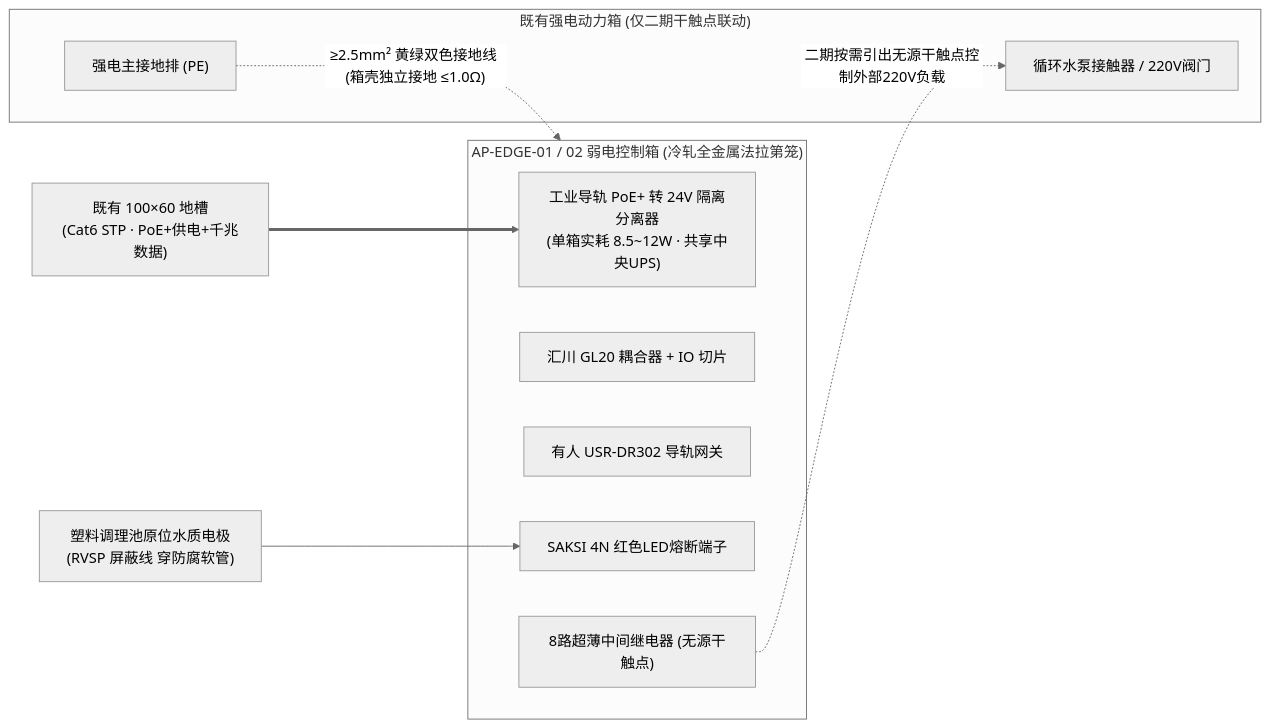
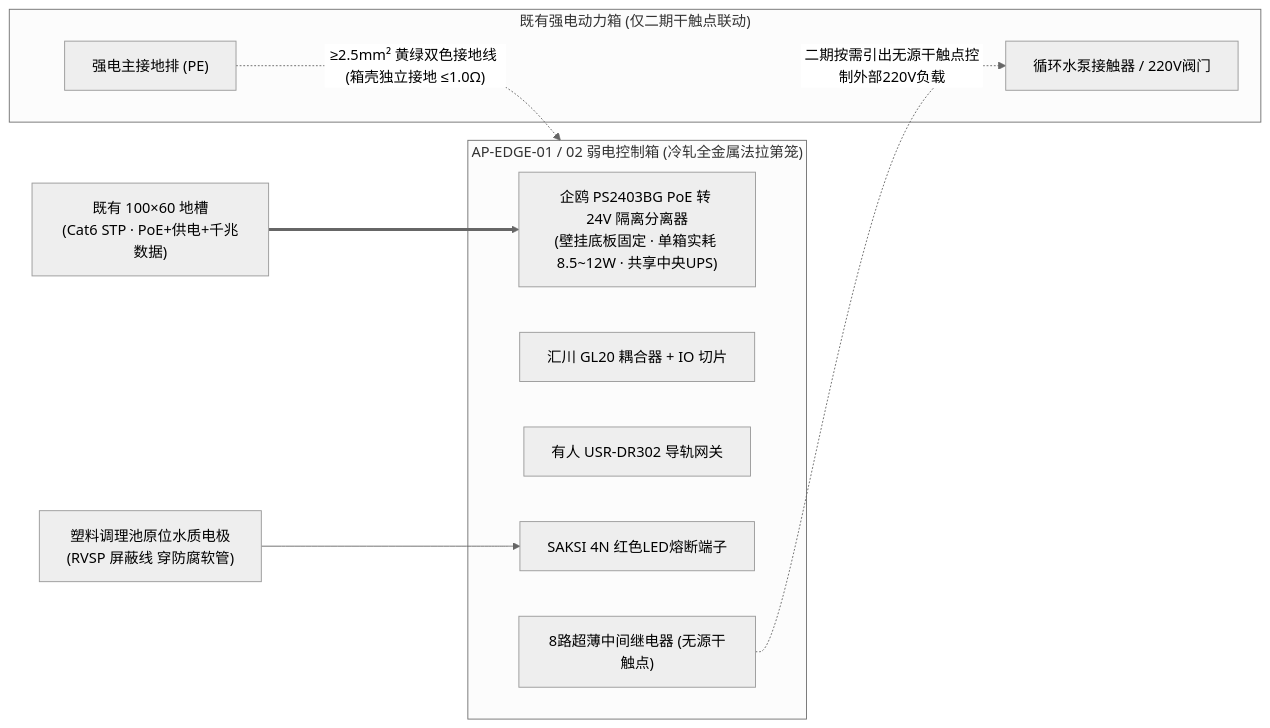
One commit to digitalboy/aquaponics changed the first of 2 diagrams in docs/02_requirements_and_plans/03_engineering_specs/05_水质调理区边缘控制箱与原位水质感知工程规范.md. Above: the diagram before and after it, drawn with Mermaid (neutral theme). The commit also changed other lines of this file and 5 other files, not shown here.

````diff
--- a/docs/02_requirements_and_plans/03_engineering_specs/05_水质调理区边缘控制箱与原位水质感知工程规范.md
+++ b/docs/02_requirements_and_plans/03_engineering_specs/05_水质调理区边缘控制箱与原位水质感知工程规范.md
@@ -17,21 +17,21 @@
 ```mermaid
 graph LR
     subgraph StrongBox ["既有强电动力箱 (仅二期干触点联动)"]
         PumpAC["循环水泵接触器 / 220V阀门"]
         MainPE["强电主接地排 (PE)"]
     end
 
     subgraph EdgeWeakBox ["AP-EDGE-01 / 02 弱电控制箱 (冷轧全金属法拉第笼)"]
-        PoE["工业导轨 PoE+ 转 24V 隔离分离器<br>(单箱实耗 8.5~12W · 共享中央UPS)"]
+        PoE["企鸥 PS2403BG PoE 转 24V 隔离分离器<br>(壁挂底板固定 · 单箱实耗 8.5~12W · 共享中央UPS)"]
         GL20["汇川 GL20 耦合器 + IO 切片"]
         USR["有人 USR-DR302 导轨网关"]
         Fuse["SAKSI 4N 红色LED熔断端子"]
         Relay["8路超薄中间继电器 (无源干触点)"]
     end
 
     MainPE -. "≥2.5mm² 黄绿双色接地线 (箱壳独立接地 ≤1.0Ω)" .-> EdgeWeakBox
     Relay -. "二期按需引出无源干触点控制外部220V负载" .-> PumpAC
 
     Cat6["既有 100×60 地槽<br>(Cat6 STP · PoE+供电+千兆数据)"] ==> PoE
     Sensors["塑料调理池原位水质电极<br>(RVSP 屏蔽线 穿防腐软管)"] --> Fuse
 ```
````
